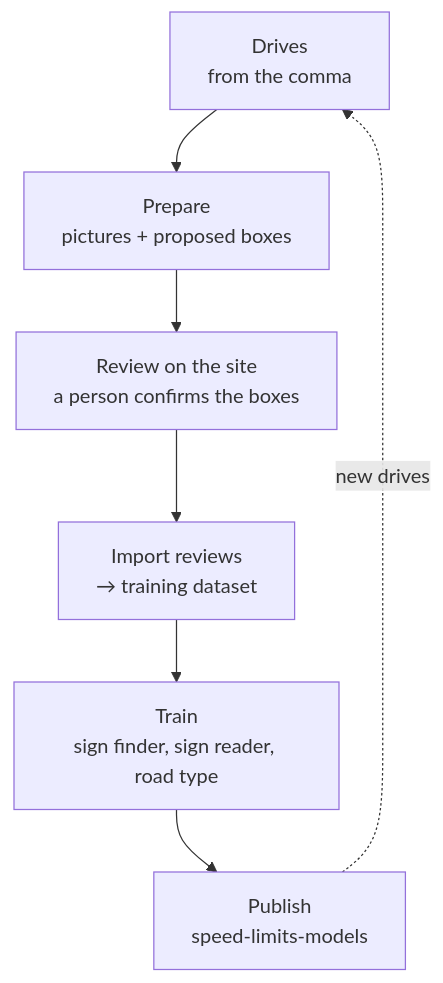
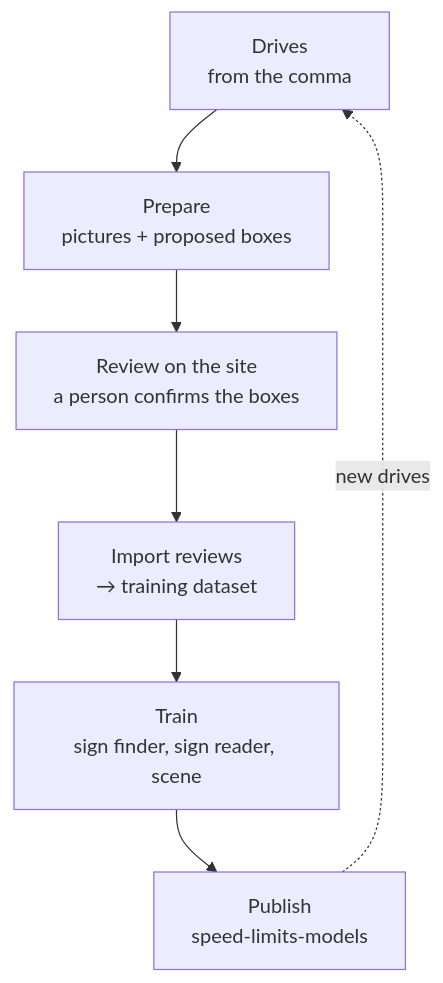
The first of 2 diagrams in README.md (Deggory/sunnypilot.speedlimits), drawn with Mermaid before and after one commit. The commit also changed other lines of this file and 21 other files, not shown here.

First line of the commit message:
Road type is named Scene in the portal: the scene network, its training and its settings

````diff
--- a/README.md
+++ b/README.md
@@ -25,9 +25,9 @@
 ```mermaid
 flowchart TD
   A["Drives<br/>from the comma"] --> B["Prepare<br/>pictures + proposed boxes"]
   B --> C["Review on the site<br/>a person confirms the boxes"]
   C --> D["Import reviews<br/>→ training dataset"]
-  D --> E["Train<br/>sign finder, sign reader, road type"]
+  D --> E["Train<br/>sign finder, sign reader, scene"]
   E --> F["Publish<br/>speed-limits-models"]
   F -.->|new drives| A
 ```
````
